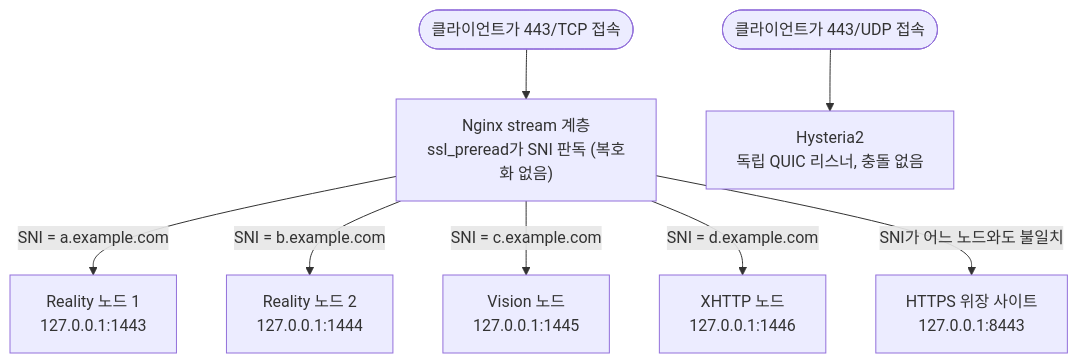
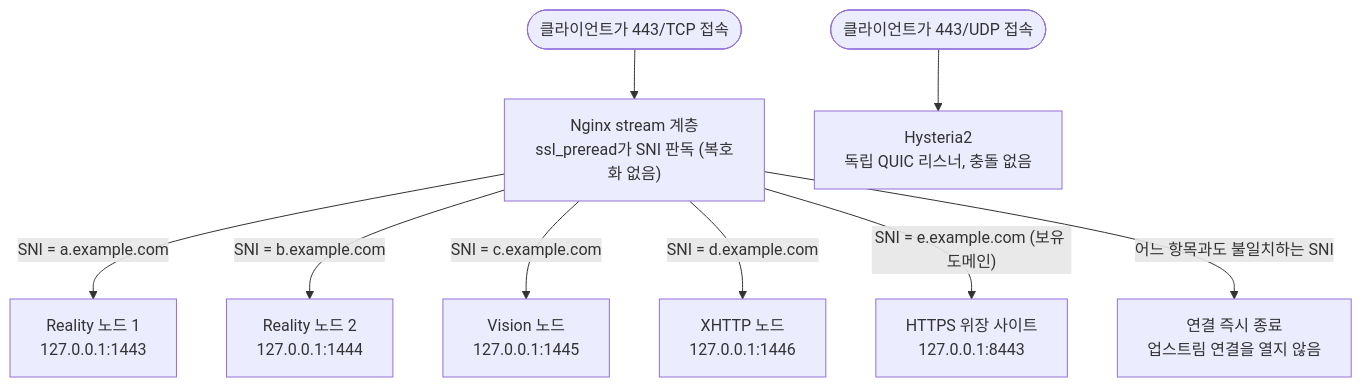
One commit to jinqians/proxy-stack changed the diagram in README_KO.md. Above: the diagram before and after it, drawn with Mermaid. The commit also changed other lines of this file and 3 other files, not shown here.

````diff
--- a/README_KO.md
+++ b/README_KO.md
@@ -64,12 +64,13 @@
 ```mermaid
 flowchart TD
     A(["클라이언트가 443/TCP 접속"]) --> B["Nginx stream 계층<br/>ssl_preread가 SNI 판독 (복호화 없음)"]
 
     B -->|"SNI = a.example.com"| C1["Reality 노드 1<br/>127.0.0.1:1443"]
     B -->|"SNI = b.example.com"| C2["Reality 노드 2<br/>127.0.0.1:1444"]
     B -->|"SNI = c.example.com"| D["Vision 노드<br/>127.0.0.1:1445"]
     B -->|"SNI = d.example.com"| E["XHTTP 노드<br/>127.0.0.1:1446"]
-    B -->|"SNI가 어느 노드와도 불일치"| F["HTTPS 위장 사이트<br/>127.0.0.1:8443"]
+    B -->|"SNI = e.example.com (보유 도메인)"| F["HTTPS 위장 사이트<br/>127.0.0.1:8443"]
+    B -->|"어느 항목과도 불일치하는 SNI"| X["연결 즉시 종료<br/>업스트림 연결을 열지 않음"]
 
     G(["클라이언트가 443/UDP 접속"]) --> H["Hysteria2<br/>독립 QUIC 리스너, 충돌 없음"]
 ```
````
